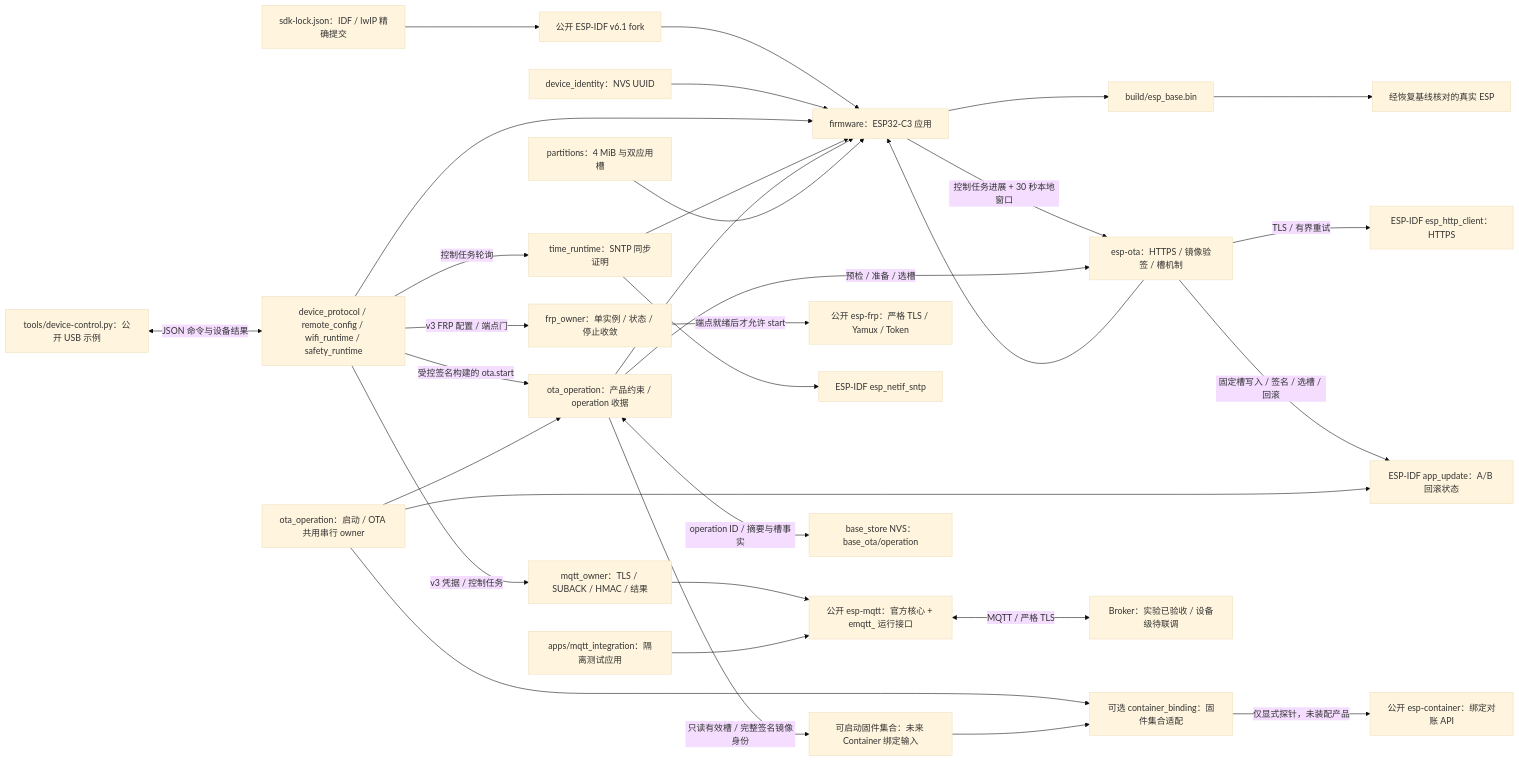
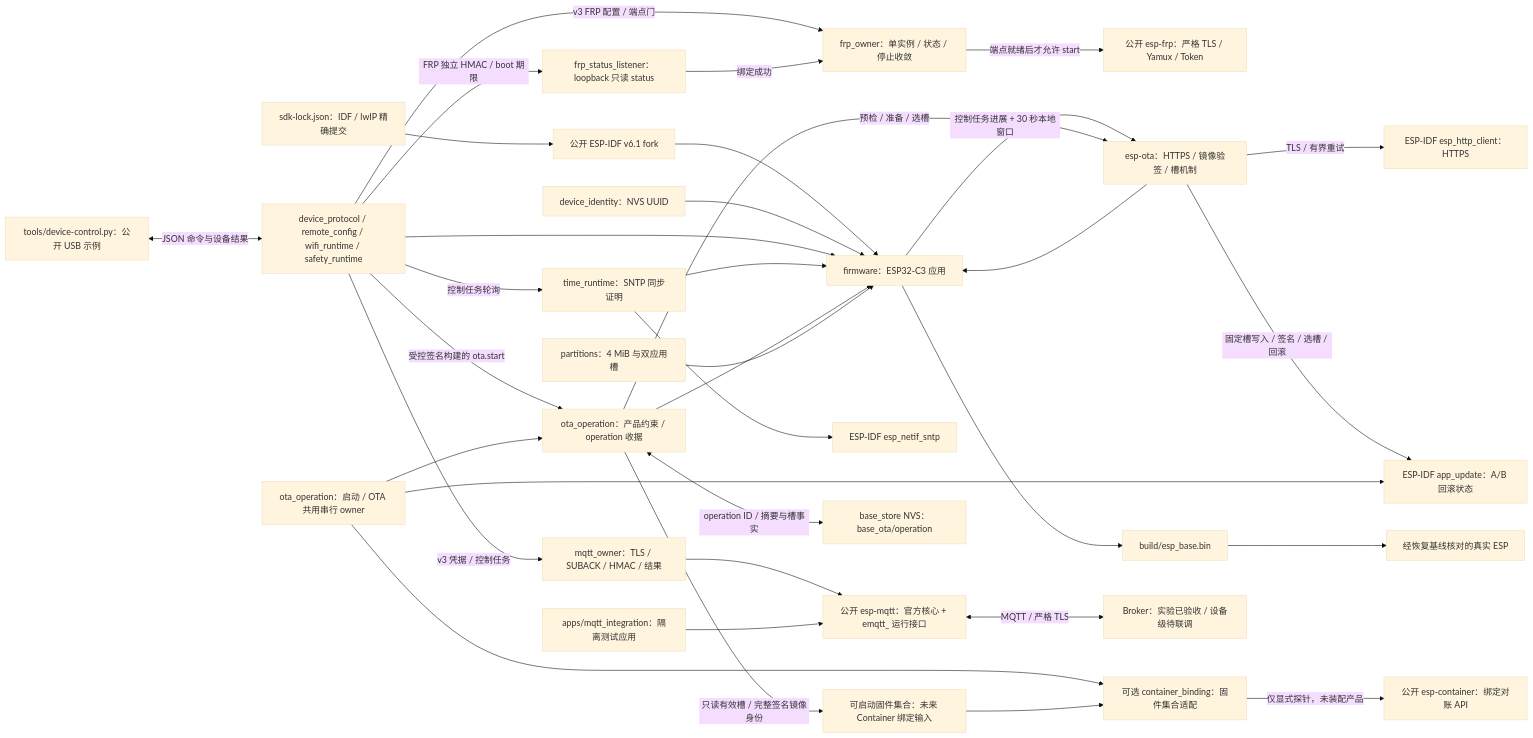
The diagram in README.md (darren-you/esp-base), drawn with Mermaid (base theme) before and after one commit. The commit also changed other lines of this file and 19 other files, not shown here.

````diff
--- a/README.md
+++ b/README.md
@@ -7,34 +7,36 @@
 ```mermaid
 flowchart LR
     sdk_lock["sdk-lock.json：IDF / lwIP 精确提交"] --> sdk["公开 ESP-IDF v6.1 fork"]
     sdk --> firmware["firmware：ESP32-C3 应用"]
     identity["device_identity：NVS UUID"] --> firmware
     state["device_protocol / remote_config / wifi_runtime / safety_runtime"] --> firmware
     state -->|"v3 凭据 / 控制任务"| mqtt_owner["mqtt_owner：TLS / SUBACK / HMAC / 结果"]
     mqtt_owner --> mqtt
     state -->|"v3 FRP 配置 / 端点门"| frp_owner["frp_owner：单实例 / 状态 / 停止收敛"]
+    state -->|"FRP 独立 HMAC / boot 期限"| frp_status["frp_status_listener：loopback 只读 status"]
+    frp_status -->|"绑定成功"| frp_owner
     frp_owner -->|"端点就绪后才允许 start"| frp["公开 esp-frp：严格 TLS / Yamux / Token"]
     time["time_runtime：SNTP 同步证明"] --> firmware
     state -->|"控制任务轮询"| time
     time --> idf_time["ESP-IDF esp_netif_sntp"]
     ota["esp-ota：HTTPS / 镜像验签 / 槽机制"] --> firmware
     receipt["ota_operation：产品约束 / operation 收据"] --> firmware
     receipt -->|"只读有效槽 / 完整签名镜像身份"| image_set["可启动固件集合：未来 Container 绑定输入"]
     firmware -->|"控制任务进展 + 30 秒本地窗口"| ota
     state -->|"受控签名构建的 ota.start"| receipt
     receipt -->|"预检 / 准备 / 选槽"| ota
     ota -->|"TLS / 有界重试"| https["ESP-IDF esp_http_client：HTTPS"]
     ota -->|"固定槽写入 / 签名 / 选槽 / 回滚"| slot["ESP-IDF app_update：A/B 回滚状态"]
     receipt <-->|"operation ID / 摘要与槽事实"| nvs["base_store NVS：base_ota/operation"]
     owner["ota_operation：启动 / OTA 共用串行 owner"] --> receipt
     owner --> slot
     binding["可选 container_binding：固件集合适配"] -->|"仅显式探针，未装配产品"| container["公开 esp-container：绑定对账 API"]
     owner --> binding
     image_set --> binding
     layout["partitions：4 MiB 与双应用槽"] --> firmware
     host["tools/device-control.py：公开 USB 示例"] <-->|"JSON 命令与设备结果"| state
     firmware --> image["build/esp_base.bin"]
     lab["apps/mqtt_integration：隔离测试应用"] --> mqtt["公开 esp-mqtt：官方核心 + emqtt_ 运行接口"]
     mqtt <-->|"MQTT / 严格 TLS"| broker["Broker：实验已验收 / 设备级待联调"]
     image --> board["经恢复基线核对的真实 ESP"]
 ```
````
